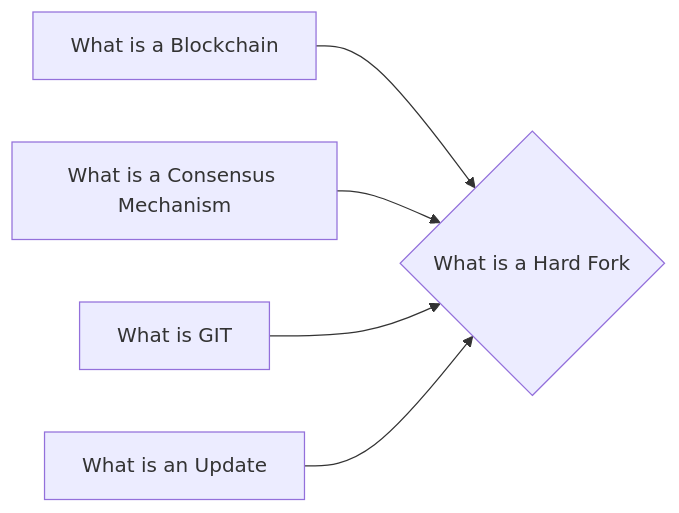
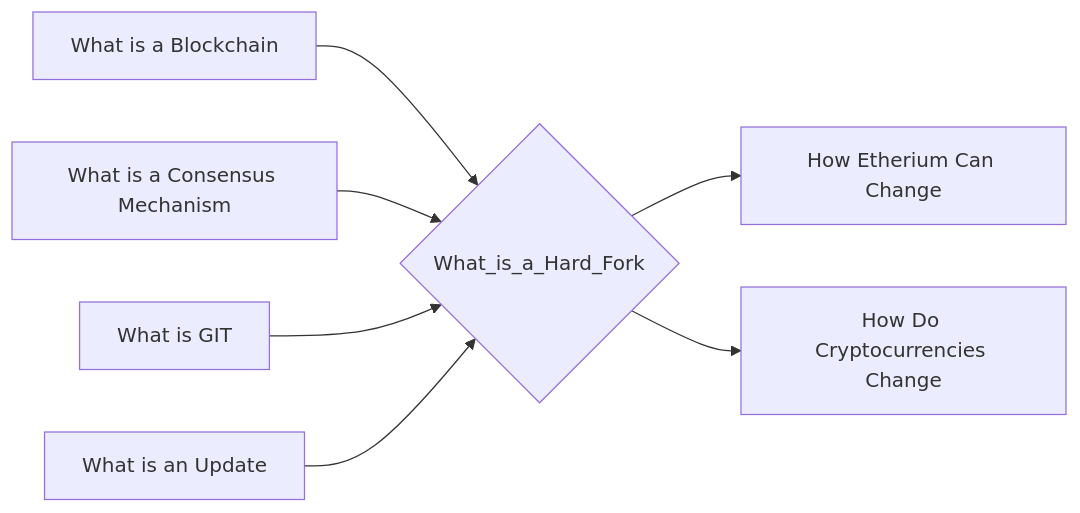
Before and after one commit to lpurdy01/crypto-knowledge-map: the diagram in notes/What_is_a_Hard_Fork.md, drawn with Mermaid. The commit also changed 161 other files, not shown here.

````diff
--- a/notes/What_is_a_Hard_Fork.md
+++ b/notes/What_is_a_Hard_Fork.md
@@ -15,7 +15,9 @@
 ```mermaid
 graph LR
-1["What is a Blockchain"]-->0{"What is a Hard Fork"}
-2["What is a Consensus Mechanism"]-->0{"What is a Hard Fork"}
-3["What is GIT"]-->0{"What is a Hard Fork"}
-4["What is an Update"]-->0{"What is a Hard Fork"}
+1["What is a Blockchain"]-->0{"What_is_a_Hard_Fork"}
+2["What is a Consensus Mechanism"]-->0{"What_is_a_Hard_Fork"}
+3["What is GIT"]-->0{"What_is_a_Hard_Fork"}
+4["What is an Update"]-->0{"What_is_a_Hard_Fork"}
+0{"What_is_a_Hard_Fork"}-->5["How Etherium Can Change"]
+0{"What_is_a_Hard_Fork"}-->6["How Do Cryptocurrencies Change"]
 ```
````
